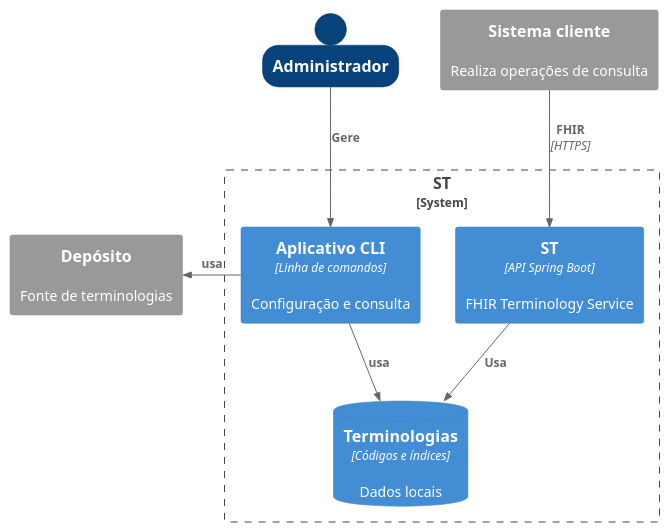
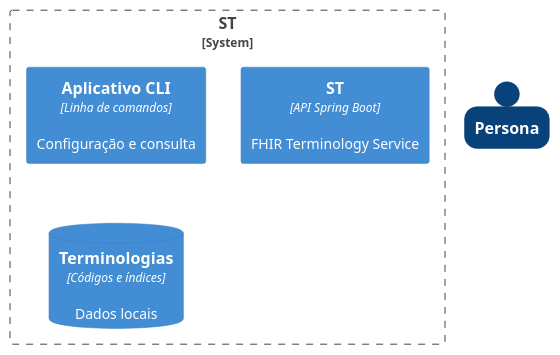
The diagram in diagramas/componentes.puml (rnds-tools/gui), drawn with PlantUML before and after one commit.

```diff
--- a/diagramas/componentes.puml
+++ b/diagramas/componentes.puml
@@ -1,25 +1,16 @@
 @startuml c4-container
 !include https://raw.githubusercontent.com/plantuml-stdlib/C4-PlantUML/master/C4_Container.puml
 HIDE_STEREOTYPE()
 SHOW_PERSON_OUTLINE()
 
 AddRelTag("invisivel", $textColor="white", $lineColor="white", $lineStyle = DashedLine())
 
-Person(admin, "Administrador")
+Person(admin, "Persona")
 
 System_Boundary(c1, "ST") {
     Container(cli, "Aplicativo CLI", "Linha de comandos", "Configuração e consulta")
-    Container(st, "ST", "API Spring Boot", "FHIR Terminology Service")
-    ContainerDb(db, "Terminologias", "Códigos e índices", "Dados locais")
+    Container(gui, "ST", "API Spring Boot", "FHIR Terminology Service")
+    ContainerDb(guicli, "Terminologias", "Códigos e índices", "Dados locais")
 }
 
-System_Ext(cliente, "Sistema cliente", "Realiza operações de consulta")
-System_Ext(deposito, "Depósito", "Fonte de terminologias")
-
-Rel_D(cli, db, "usa")
-Rel_L(cli, deposito, "usa")
-Rel(cliente, st, "FHIR", "HTTPS")
-Rel_D(st, db, "Usa")
-Rel_D(admin, cli, "Gere")
-
 @enduml
```
